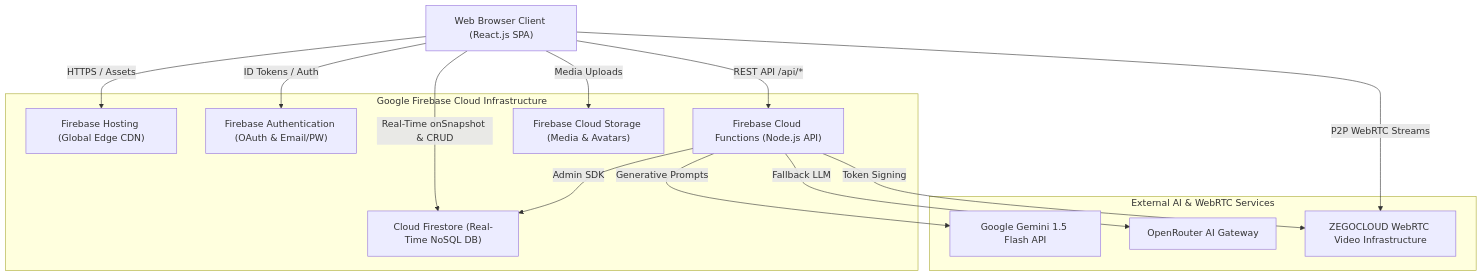
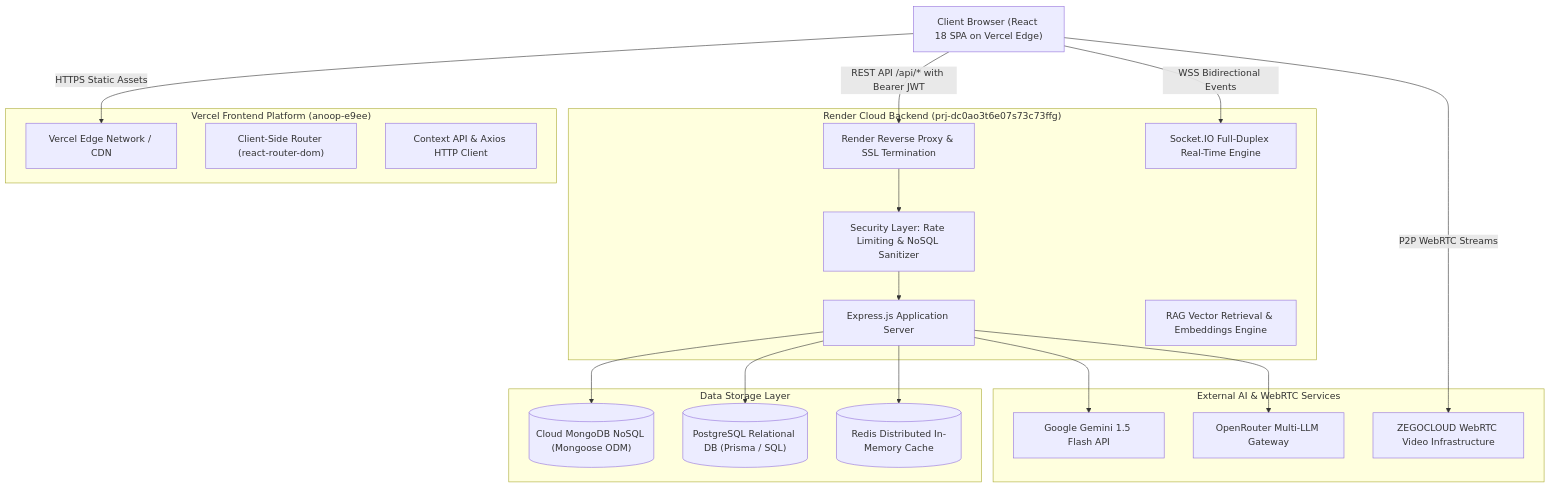
The diagram in HLD.md (yenibaraanoopjoel-sys/Build-X-Platform), drawn with Mermaid before and after one commit. The commit also changed other lines of this file and 64 other files, not shown here.

Commit message:
feat: complete MERN stack for Render and Vercel with MongoDB aggregations, PostgreSQL schema, Socket.IO, and AI tools

````diff
--- a/HLD.md
+++ b/HLD.md
@@ -15,30 +18,43 @@
 ```mermaid
 graph TD
-    UserClient["Web Browser Client (React.js SPA)"]
+    Client["Client Browser (React 18 SPA on Vercel Edge)"]
     
-    subgraph "Google Firebase Cloud Infrastructure"
-        Hosting["Firebase Hosting (Global Edge CDN)"]
-        Auth["Firebase Authentication (OAuth & Email/PW)"]
-        Firestore["Cloud Firestore (Real-Time NoSQL DB)"]
-        Functions["Firebase Cloud Functions (Node.js API)"]
-        Storage["Firebase Cloud Storage (Media & Avatars)"]
+    subgraph "Vercel Frontend Platform (anoop-e9ee)"
+        VercelCDN["Vercel Edge Network / CDN"]
+        ClientRoutes["Client-Side Router (react-router-dom)"]
+        ReactState["Context API & Axios HTTP Client"]
+    end
+
+    subgraph "Render Cloud Backend (prj-dc0ao3t6e07s73c73ffg)"
+        RenderLoadBalancer["Render Reverse Proxy & SSL Termination"]
+        ExpressApp["Express.js Application Server"]
+        SocketServer["Socket.IO Full-Duplex Real-Time Engine"]
+        SecurityLayer["Security Layer: Rate Limiting & NoSQL Sanitizer"]
+        RAGService["RAG Vector Retrieval & Embeddings Engine"]
+    end
+    
+    subgraph "Data Storage Layer"
+        MongoDB[("Cloud MongoDB NoSQL (Mongoose ODM)")]
+        PostgresDB[("PostgreSQL Relational DB (Prisma / SQL)")]
+        RedisCache[("Redis Distributed In-Memory Cache")]
     end
     
     subgraph "External AI & WebRTC Services"
         Gemini["Google Gemini 1.5 Flash API"]
-        OpenRouter["OpenRouter AI Gateway"]
+        OpenRouter["OpenRouter Multi-LLM Gateway"]
         ZegoCloud["ZEGOCLOUD WebRTC Video Infrastructure"]
     end
 
-    UserClient -->|HTTPS / Assets| Hosting
-    UserClient -->|ID Tokens / Auth| Auth
-    UserClient -->|Real-Time onSnapshot & CRUD| Firestore
-    UserClient -->|REST API /api/*| Functions
-    UserClient -->|Media Uploads| Storage
-    UserClient -->|P2P WebRTC Streams| ZegoCloud
-    
-    Functions -->|Admin SDK| Firestore
-    Functions -->|Generative Prompts| Gemini
-    Functions -->|Fallback LLM| OpenRouter
-    Functions -->|Token Signing| ZegoCloud
+    Client -->|HTTPS Static Assets| VercelCDN
+    Client -->|REST API /api/* with Bearer JWT| RenderLoadBalancer
+    Client -->|WSS Bidirectional Events| SocketServer
+    Client -->|P2P WebRTC Streams| ZegoCloud
+
+    RenderLoadBalancer --> SecurityLayer
+    SecurityLayer --> ExpressApp
+    ExpressApp --> MongoDB
+    ExpressApp --> PostgresDB
+    ExpressApp --> RedisCache
+    ExpressApp --> Gemini
+    ExpressApp --> OpenRouter
 ```
````
